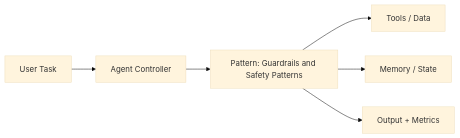
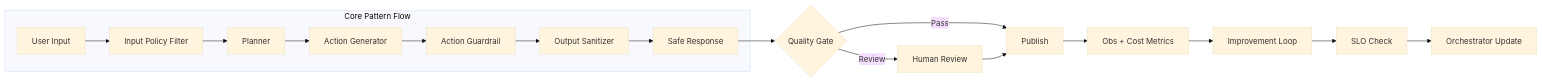
One commit to vivekreeves/agentic-design-patterns-lab changed the diagram in notebooks/level_04_production_agent_systems/18_guardrails_and_safety_patterns_architecture.md. Above: the diagram before and after it, drawn with Mermaid (base theme). The commit also changed 71 other files, not shown here.

````diff
--- a/notebooks/level_04_production_agent_systems/18_guardrails_and_safety_patterns_architecture.md
+++ b/notebooks/level_04_production_agent_systems/18_guardrails_and_safety_patterns_architecture.md
@@ -5,8 +5,19 @@
 ```mermaid
 flowchart LR
-  Q[User Task] --> A[Agent Controller]
-  A --> P[Pattern: Guardrails and Safety Patterns]
-  P --> T[Tools / Data]
-  P --> M[Memory / State]
-  P --> O[Output + Metrics]
+  subgraph CoreFlow[Core Pattern Flow]
+    IN[User Input] --> IF[Input Policy Filter]
+    IF --> PL[Planner]
+    PL --> ACT[Action Generator]
+    ACT --> AF[Action Guardrail]
+    AF --> OS[Output Sanitizer]
+    OS --> O[Safe Response]
+  end
+  O --> QG{Quality Gate}
+  QG -->|Pass| PUB[Publish]
+  QG -->|Review| HREV[Human Review]
+  HREV --> PUB
+  PUB --> OBS[Obs + Cost Metrics]
+  OBS --> LOOP[Improvement Loop]
+  LOOP --> SLO[SLO Check]
+  SLO --> ORCH[Orchestrator Update]
 ```
````
